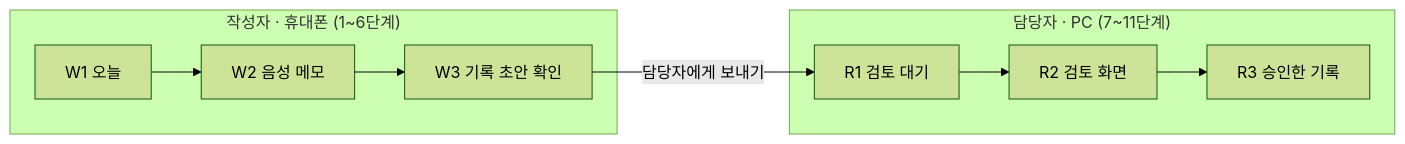
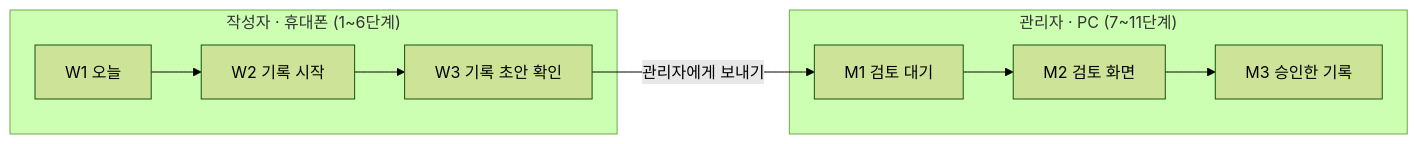
Before and after one commit to 2dion/CareBridge: the diagram in 문서/설계/시연대본-시나리오1-v1.0.md, drawn with Mermaid (forest theme). The commit also changed other lines of this file and 11 other files, not shown here.

````diff
--- a/문서/설계/시연대본-시나리오1-v1.0.md
+++ b/문서/설계/시연대본-시나리오1-v1.0.md
@@ -16,10 +19,10 @@
 ```mermaid
 flowchart LR
   subgraph phone["작성자 · 휴대폰 (1~6단계)"]
-    W1["W1 오늘"] --> W2["W2 음성 메모"] --> W3["W3 기록 초안 확인"]
+    W1["W1 오늘"] --> W2["W2 기록 시작"] --> W3["W3 기록 초안 확인"]
   end
-  subgraph pc["담당자 · PC (7~11단계)"]
-    R1["R1 검토 대기"] --> R2["R2 검토 화면"] --> R3["R3 승인한 기록"]
+  subgraph pc["관리자 · PC (7~11단계)"]
+    M1["M1 검토 대기"] --> M2["M2 검토 화면"] --> M3["M3 승인한 기록"]
   end
-  W3 -- "담당자에게 보내기" --> R1
+  W3 -- "관리자에게 보내기" --> M1
 ```
````
